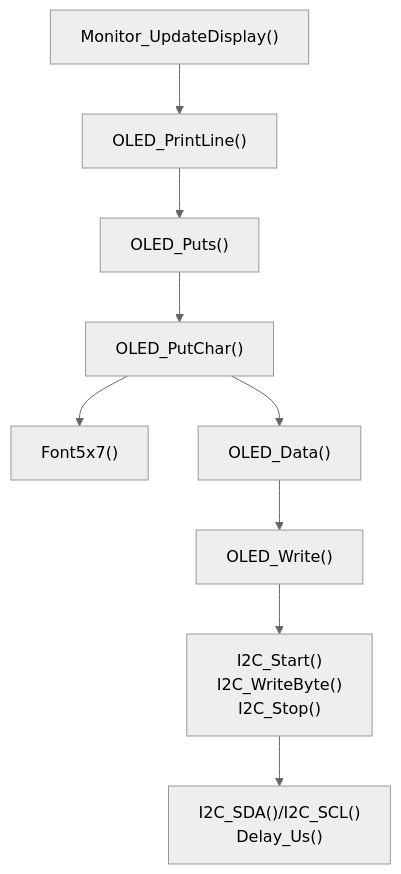
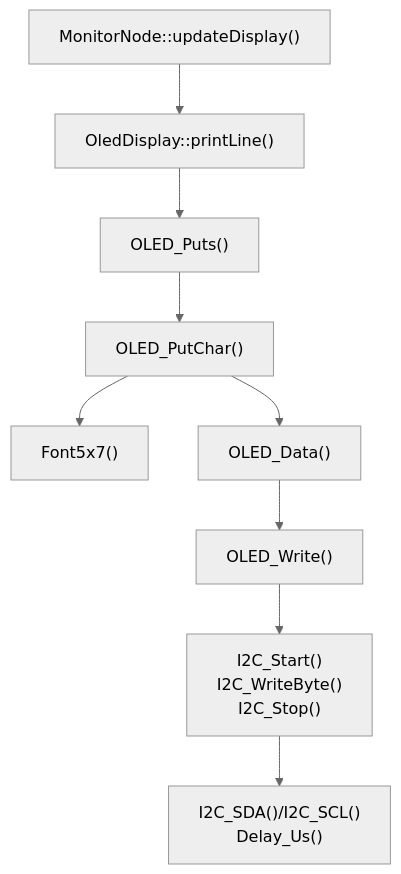
Before and after one commit to Cusnd/dual-stm32-safety-monitor: the tenth of 13 diagrams in docs/FUNCTION_DESIGN_WALKTHROUGH.en.md, drawn with Mermaid (neutral theme). The commit also changed other lines of this file and 78 other files, not shown here.

````diff
--- a/docs/FUNCTION_DESIGN_WALKTHROUGH.en.md
+++ b/docs/FUNCTION_DESIGN_WALKTHROUGH.en.md
@@ -285,11 +285,11 @@
 ```mermaid
 flowchart TD
-  APP["Monitor_UpdateDisplay()"] --> LINE["OLED_PrintLine()"]
+  APP["MonitorNode::updateDisplay()"] --> LINE["OledDisplay::printLine()"]
   LINE --> PUTS["OLED_Puts()"]
   PUTS --> CHAR["OLED_PutChar()"]
   CHAR --> FONT["Font5x7()"]
   CHAR --> DATA["OLED_Data()"]
   DATA --> WRITE["OLED_Write()"]
   WRITE --> I2C["I2C_Start()\nI2C_WriteByte()\nI2C_Stop()"]
   I2C --> GPIO["I2C_SDA()/I2C_SCL()\nDelay_Us()"]
 ```
````
